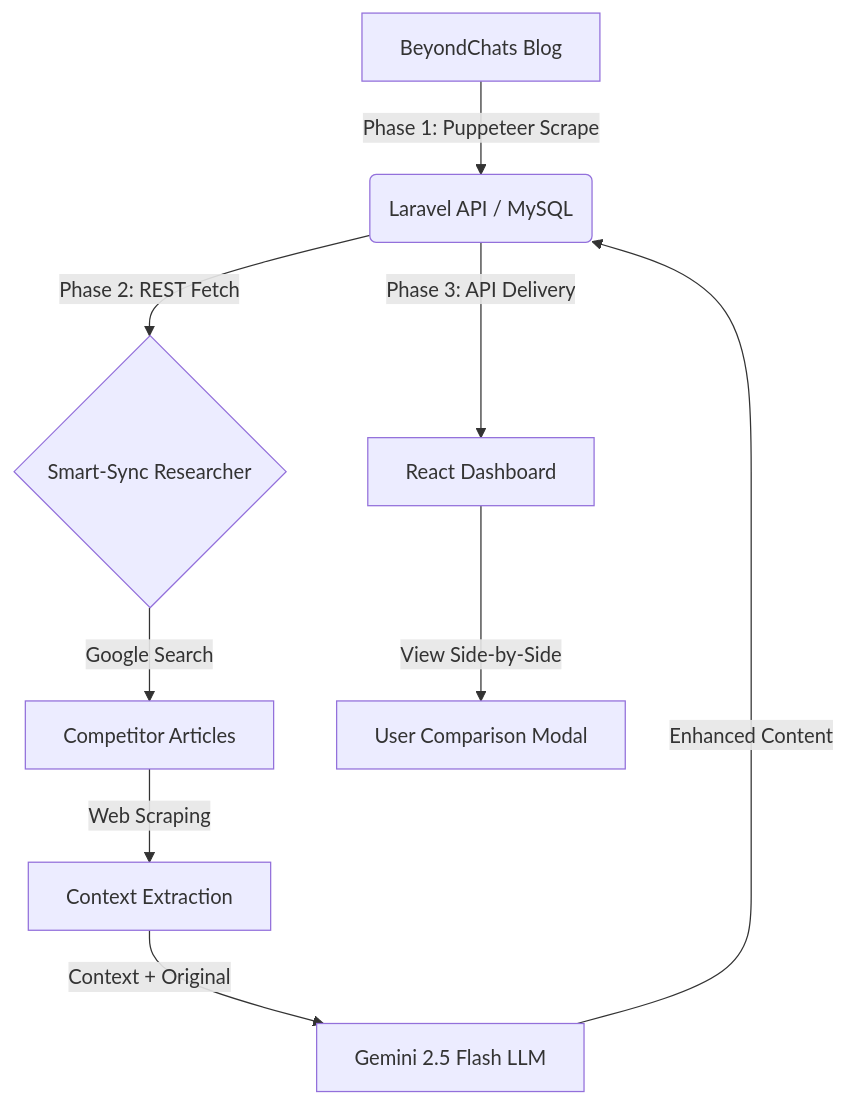
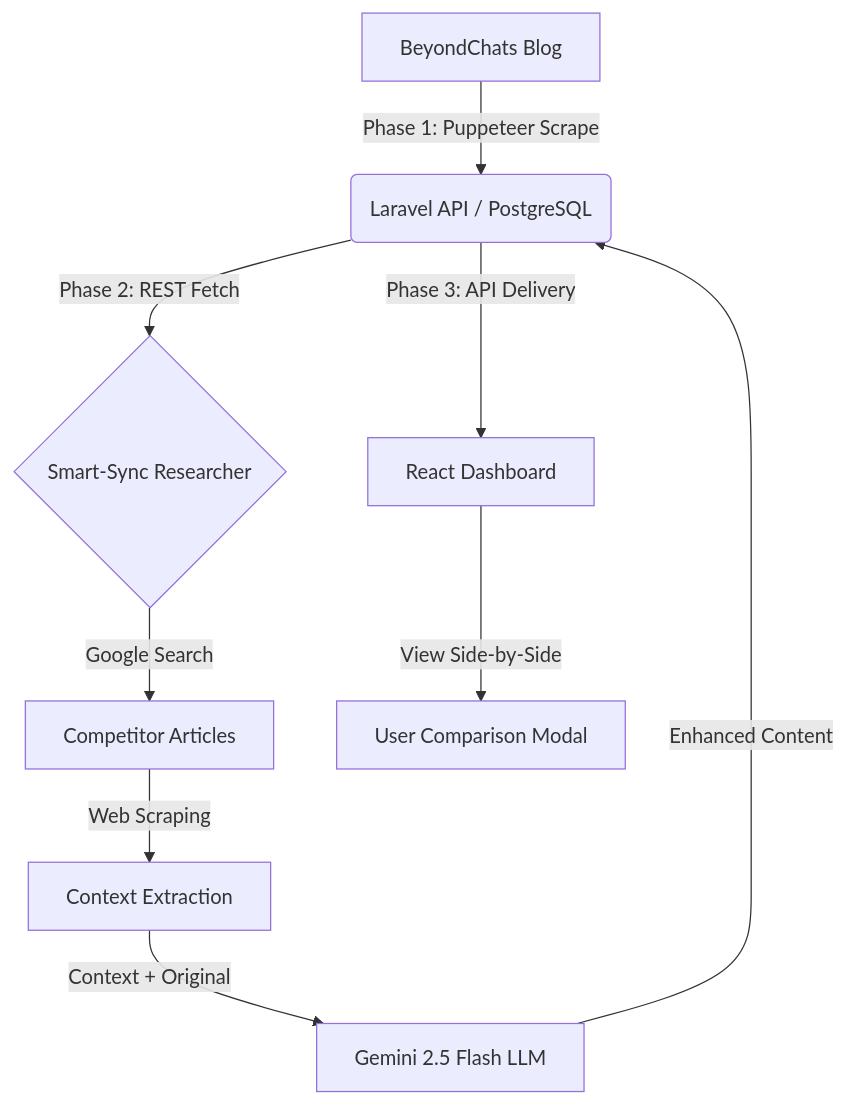
The diagram in README.md (KailasVS666/Article_Automation_System), drawn with Mermaid before and after one commit. The commit also changed other lines of this file, not shown here.

Commit message:
Docs: Update README with live Vercel/Render links and production architecture

````diff
--- a/README.md
+++ b/README.md
@@ -13,12 +13,11 @@
 ```mermaid
 graph TD
-	A[BeyondChats Blog] -->|Phase 1: Puppeteer Scrape| B(Laravel API / MySQL)
-	B -->|Phase 2: REST Fetch| C{Smart-Sync Researcher}
-	C -->|Google Search| D[Competitor Articles]
-	D -->|Web Scraping| E[Context Extraction]
-	E -->|Context + Original| F[Gemini 2.5 Flash LLM]
-	F -->|Enhanced Content| B
-	B -->|Phase 3: API Delivery| G[React Dashboard]
-	G -->|View Side-by-Side| H[User Comparison Modal]
-
+    A[BeyondChats Blog] -->|Phase 1: Puppeteer Scrape| B(Laravel API / PostgreSQL)
+    B -->|Phase 2: REST Fetch| C{Smart-Sync Researcher}
+    C -->|Google Search| D[Competitor Articles]
+    D -->|Web Scraping| E[Context Extraction]
+    E -->|Context + Original| F[Gemini 2.5 Flash LLM]
+    F -->|Enhanced Content| B
+    B -->|Phase 3: API Delivery| G[React Dashboard]
+    G -->|View Side-by-Side| H[User Comparison Modal]
 ```
````
